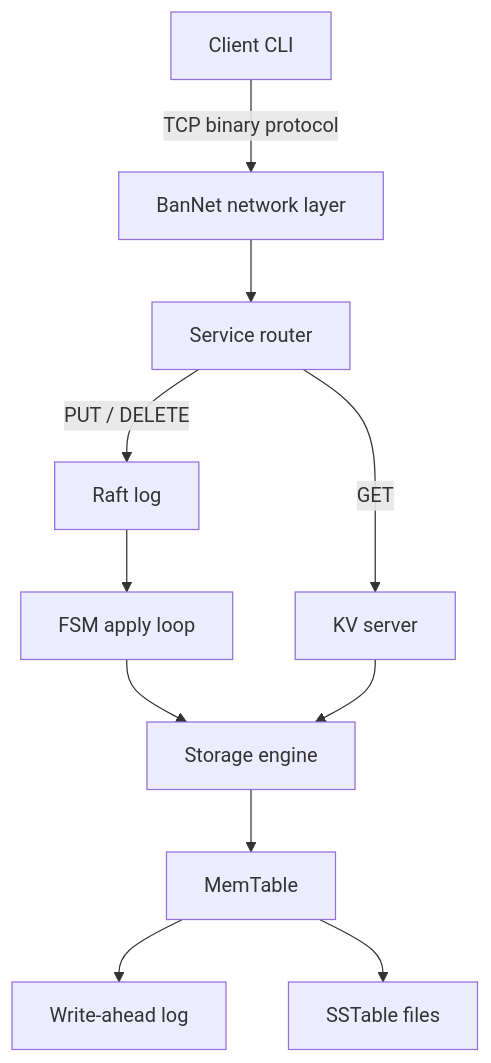
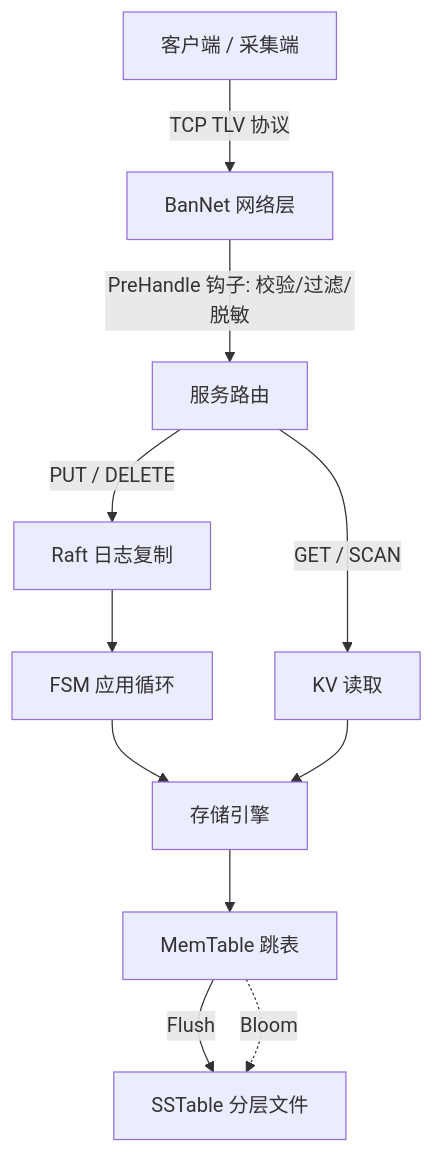
The diagram in README.md (NeverENG/BanDB), drawn with Mermaid before and after one commit. The commit also changed other lines of this file and 1 other file, not shown here.

````diff
--- a/README.md
+++ b/README.md
@@ -47,13 +34,13 @@
 ```mermaid
 flowchart TD
-    Client[Client CLI] -->|TCP binary protocol| BanNet[BanNet network layer]
-    BanNet --> Router[Service router]
-    Router -->|PUT / DELETE| Raft[Raft log]
-    Router -->|GET| KV[KV server]
-    Raft --> FSM[FSM apply loop]
-    FSM --> Engine[Storage engine]
+    Client[客户端 / 采集端] -->|TCP TLV 协议| BanNet[BanNet 网络层]
+    BanNet -->|PreHandle 钩子: 校验/过滤/脱敏| Router[服务路由]
+    Router -->|PUT / DELETE| Raft[Raft 日志复制]
+    Router -->|GET / SCAN| KV[KV 读取]
+    Raft --> FSM[FSM 应用循环]
+    FSM --> Engine[存储引擎]
     KV --> Engine
-    Engine --> MemTable[MemTable]
-    MemTable --> WAL[Write-ahead log]
-    MemTable --> SSTable[SSTable files]
+    Engine --> MemTable[MemTable 跳表]
+    MemTable -->|Flush| SSTable[SSTable 分层文件]
+    MemTable -.Bloom.-> SSTable
 ```
````
